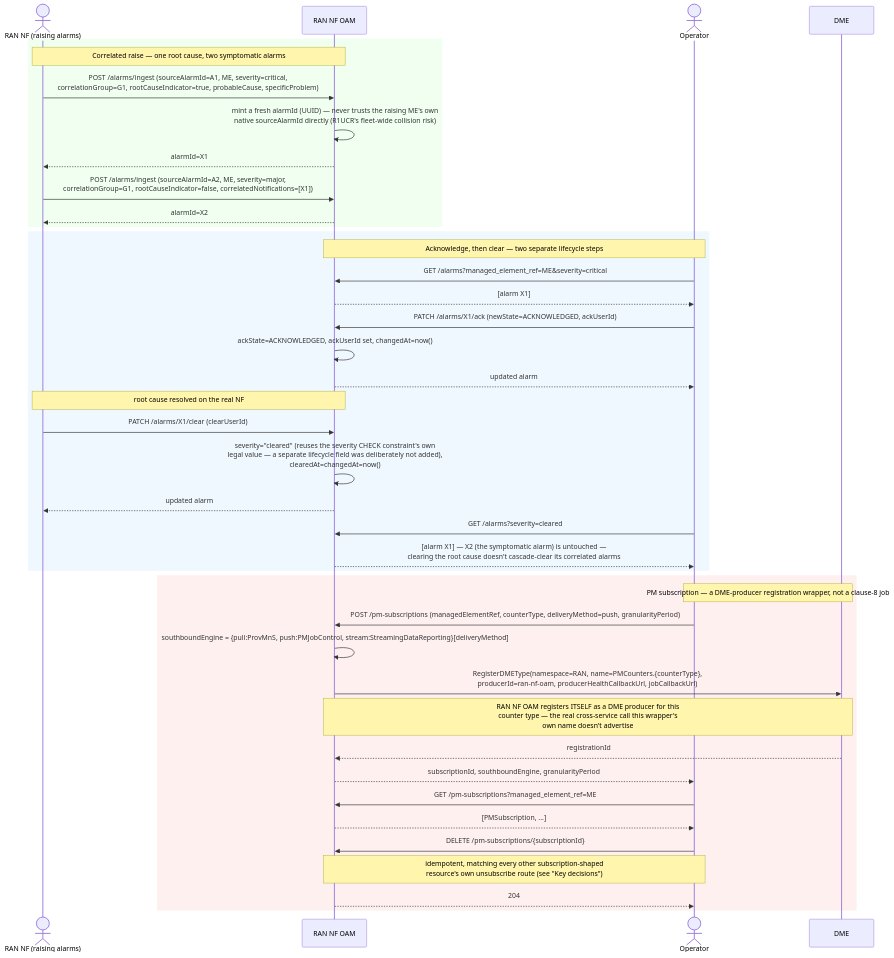
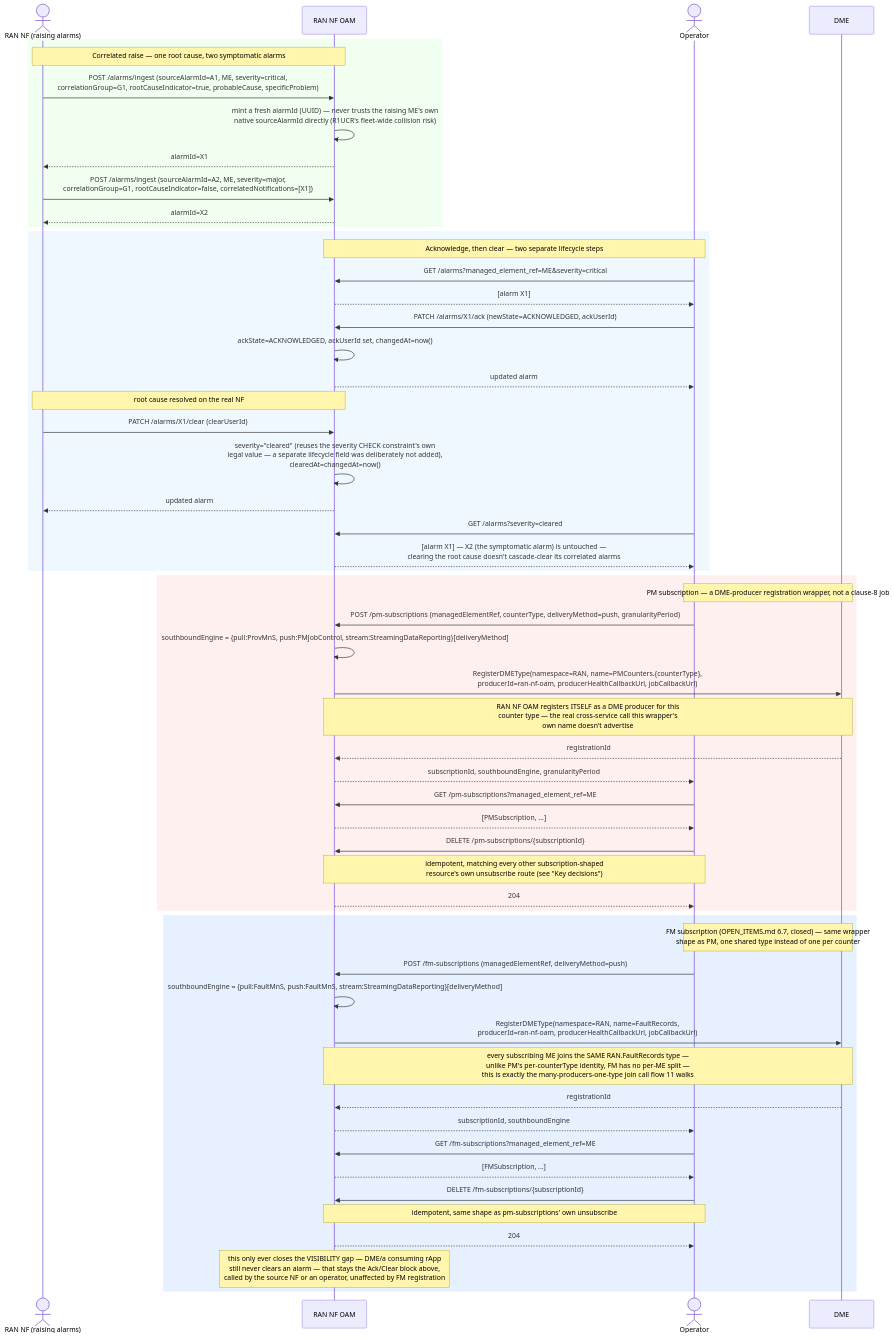
The diagram in smo/docs/call-flows/20-alarm-pm-subscription-lifecycle.md (rsys-bshankar/ai-ran-ref), drawn with Mermaid before and after one commit. The commit also changed other lines of this file and 9 other files, not shown here.

````diff
--- a/smo/docs/call-flows/20-alarm-pm-subscription-lifecycle.md
+++ b/smo/docs/call-flows/20-alarm-pm-subscription-lifecycle.md
@@ -11,49 +11,66 @@
 ```mermaid
 sequenceDiagram
     actor Source as RAN NF (raising alarms)
     participant NFOAM as RAN NF OAM
     actor Operator
     participant DME as DME
 
     rect rgb(240, 255, 240)
     Note over Source,NFOAM: Correlated raise — one root cause, two symptomatic alarms
     Source->>NFOAM: POST /alarms/ingest (sourceAlarmId=A1, ME, severity=critical,<br/>correlationGroup=G1, rootCauseIndicator=true, probableCause, specificProblem)
     NFOAM->>NFOAM: mint a fresh alarmId (UUID) — never trusts the raising ME's own<br/>native sourceAlarmId directly (R1UCR's fleet-wide collision risk)
     NFOAM-->>Source: alarmId=X1
     Source->>NFOAM: POST /alarms/ingest (sourceAlarmId=A2, ME, severity=major,<br/>correlationGroup=G1, rootCauseIndicator=false, correlatedNotifications=[X1])
     NFOAM-->>Source: alarmId=X2
     end
 
     rect rgb(240, 248, 255)
     Note over Operator,NFOAM: Acknowledge, then clear — two separate lifecycle steps
     Operator->>NFOAM: GET /alarms?managed_element_ref=ME&severity=critical
     NFOAM-->>Operator: [alarm X1]
     Operator->>NFOAM: PATCH /alarms/X1/ack (newState=ACKNOWLEDGED, ackUserId)
     NFOAM->>NFOAM: ackState=ACKNOWLEDGED, ackUserId set, changedAt=now()
     NFOAM-->>Operator: updated alarm
 
     Note over Source,NFOAM: root cause resolved on the real NF
     Source->>NFOAM: PATCH /alarms/X1/clear (clearUserId)
     NFOAM->>NFOAM: severity="cleared" (reuses the severity CHECK constraint's own<br/>legal value — a separate lifecycle field was deliberately not added),<br/>clearedAt=changedAt=now()
     NFOAM-->>Source: updated alarm
 
     Operator->>NFOAM: GET /alarms?severity=cleared
     NFOAM-->>Operator: [alarm X1] — X2 (the symptomatic alarm) is untouched —<br/>clearing the root cause doesn't cascade-clear its correlated alarms
     end
 
     rect rgb(255, 240, 240)
     Note over Operator,DME: PM subscription — a DME-producer registration wrapper, not a clause-8 job
     Operator->>NFOAM: POST /pm-subscriptions (managedElementRef, counterType, deliveryMethod=push, granularityPeriod)
     NFOAM->>NFOAM: southboundEngine = {pull:ProvMnS, push:PMJobControl, stream:StreamingDataReporting}[deliveryMethod]
     NFOAM->>DME: RegisterDMEType(namespace=RAN, name=PMCounters.{counterType},<br/>producerId=ran-nf-oam, producerHealthCallbackUrl, jobCallbackUrl)
     Note over NFOAM,DME: RAN NF OAM registers ITSELF as a DME producer for this<br/>counter type — the real cross-service call this wrapper's<br/>own name doesn't advertise
     DME-->>NFOAM: registrationId
     NFOAM-->>Operator: subscriptionId, southboundEngine, granularityPeriod
 
     Operator->>NFOAM: GET /pm-subscriptions?managed_element_ref=ME
     NFOAM-->>Operator: [PMSubscription, ...]
     Operator->>NFOAM: DELETE /pm-subscriptions/{subscriptionId}
     Note over Operator,NFOAM: idempotent, matching every other subscription-shaped<br/>resource's own unsubscribe route (see "Key decisions")
     NFOAM-->>Operator: 204
     end
+
+    rect rgb(230, 240, 255)
+    Note over Operator,DME: FM subscription (OPEN_ITEMS.md 6.7, closed) — same wrapper<br/>shape as PM, one shared type instead of one per counter
+    Operator->>NFOAM: POST /fm-subscriptions (managedElementRef, deliveryMethod=push)
+    NFOAM->>NFOAM: southboundEngine = {pull:FaultMnS, push:FaultMnS, stream:StreamingDataReporting}[deliveryMethod]
+    NFOAM->>DME: RegisterDMEType(namespace=RAN, name=FaultRecords,<br/>producerId=ran-nf-oam, producerHealthCallbackUrl, jobCallbackUrl)
+    Note over NFOAM,DME: every subscribing ME joins the SAME RAN.FaultRecords type —<br/>unlike PM's per-counterType identity, FM has no per-ME split —<br/>this is exactly the many-producers-one-type join call flow 11 walks
+    DME-->>NFOAM: registrationId
+    NFOAM-->>Operator: subscriptionId, southboundEngine
+
+    Operator->>NFOAM: GET /fm-subscriptions?managed_element_ref=ME
+    NFOAM-->>Operator: [FMSubscription, ...]
+    Operator->>NFOAM: DELETE /fm-subscriptions/{subscriptionId}
+    Note over Operator,NFOAM: idempotent, same shape as pm-subscriptions' own unsubscribe
+    NFOAM-->>Operator: 204
+    Note over NFOAM: this only ever closes the VISIBILITY gap — DME/a consuming rApp<br/>still never clears an alarm — that stays the Ack/Clear block above,<br/>called by the source NF or an operator, unaffected by FM registration
+    end
 ```
````
